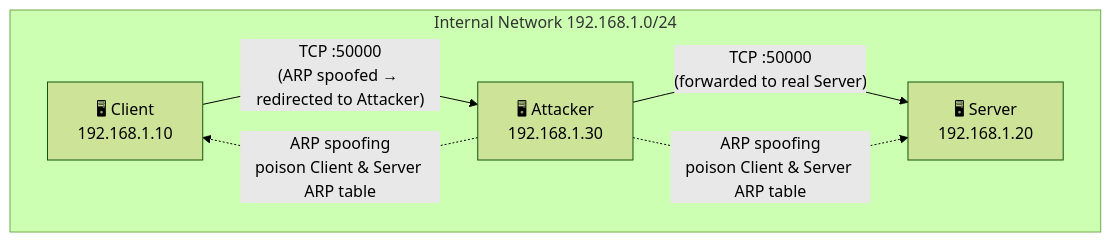
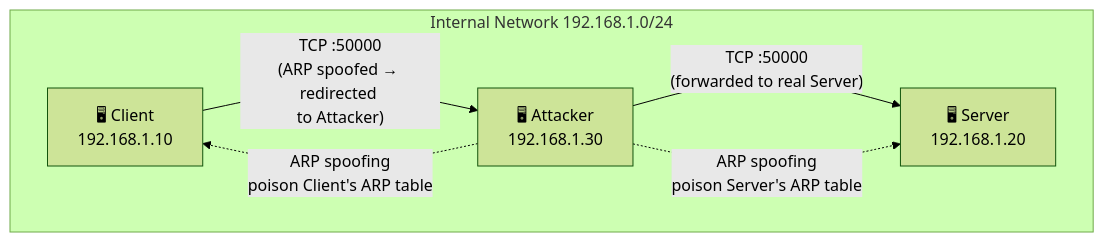
The third of 3 diagrams in README.md (hanbo-fan/diffie-hellman-mitm-attack-demo), drawn with Mermaid (forest theme) before and after one commit. The commit also changed other lines of this file, not shown here.

````diff
--- a/README.md
+++ b/README.md
@@ -118,13 +118,13 @@
 ```mermaid
 graph TD
     subgraph Internal Network 192.168.1.0/24
         C["🖥 Client<br/>192.168.1.10"]
         S["🖥 Server<br/>192.168.1.20"]
         M["🖥 Attacker<br/>192.168.1.30"]
     end
 
-    C -- "TCP :50000<br/>(ARP spoofed → redirected to Attacker)" --> M
+    C -- "TCP :50000<br/>(ARP spoofed → redirected <br/>to Attacker)" --> M
     M -- "TCP :50000<br/>(forwarded to real Server)" --> S
-    M -. "ARP spoofing<br/>poison Client & Server ARP table" .-> C
-    M -. "ARP spoofing<br/>poison Client & Server ARP table" .-> S
+    M -. "ARP spoofing<br/>poison Client's ARP table" .-> C
+    M -. "ARP spoofing<br/>poison Server's ARP table" .-> S
 ```
````
